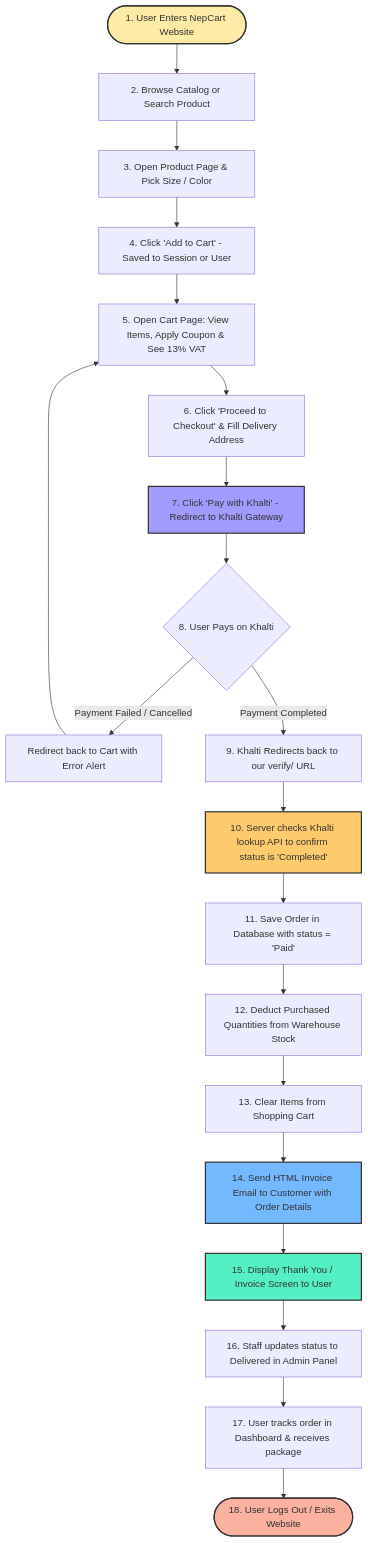
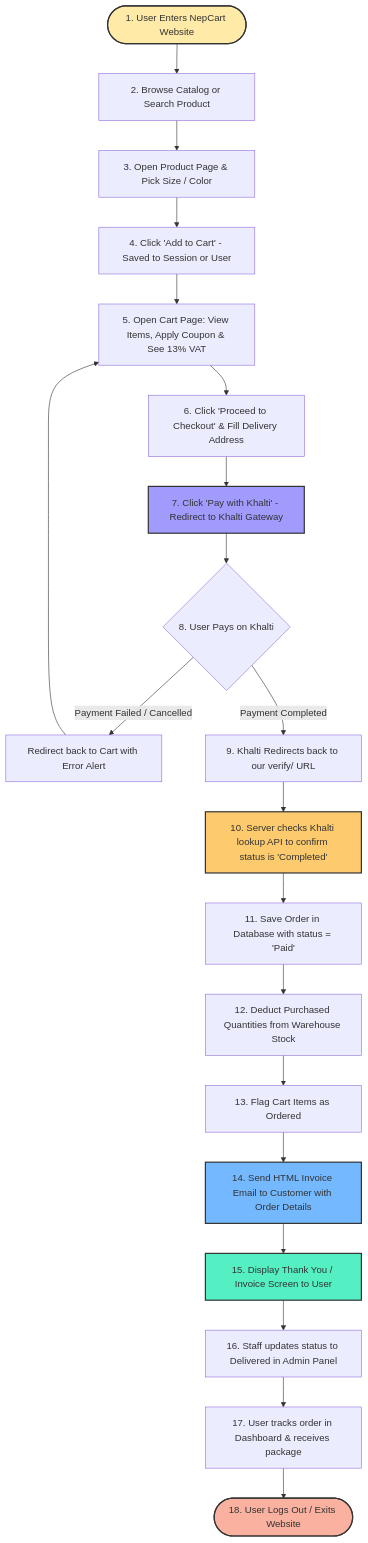
The third of 4 diagrams in PRESENTATION_FLOW_FOR_EXTERNAL.md (nirajan-khatiwada/NEPCART--Ecommerce), drawn with Mermaid before and after one commit. The commit also changed other lines of this file and 33 other files, not shown here.

````diff
--- a/PRESENTATION_FLOW_FOR_EXTERNAL.md
+++ b/PRESENTATION_FLOW_FOR_EXTERNAL.md
@@ -173,31 +173,31 @@
 ```mermaid
 flowchart TD
     Step1([1. User Enters NepCart Website]) --> Step2[2. Browse Catalog or Search Product]
     Step2 --> Step3[3. Open Product Page & Pick Size / Color]
     Step3 --> Step4[4. Click 'Add to Cart' - Saved to Session or User]
     Step4 --> Step5[5. Open Cart Page: View Items, Apply Coupon & See 13% VAT]
     Step5 --> Step6[6. Click 'Proceed to Checkout' & Fill Delivery Address]
     Step6 --> Step7[7. Click 'Pay with Khalti' - Redirect to Khalti Gateway]
     Step7 --> Step8{8. User Pays on Khalti}
     
     Step8 -- Payment Failed / Cancelled --> Step8Fail[Redirect back to Cart with Error Alert]
     Step8Fail --> Step5
 
     Step8 -- Payment Completed --> Step9[9. Khalti Redirects back to our verify/ URL]
     Step9 --> Step10[10. Server checks Khalti lookup API to confirm status is 'Completed']
     Step10 --> Step11[11. Save Order in Database with status = 'Paid']
     Step11 --> Step12[12. Deduct Purchased Quantities from Warehouse Stock]
-    Step12 --> Step13[13. Clear Items from Shopping Cart]
+    Step12 --> Step13[13. Flag Cart Items as Ordered]
     Step13 --> Step14[14. Send HTML Invoice Email to Customer with Order Details]
     Step14 --> Step15[15. Display Thank You / Invoice Screen to User]
     Step15 --> Step16[16. Staff updates status to Delivered in Admin Panel]
     Step16 --> Step17[17. User tracks order in Dashboard & receives package]
     Step17 --> Step18([18. User Logs Out / Exits Website])
 
     style Step1 fill:#ffeaa7,stroke:#333,stroke-width:2px
     style Step7 fill:#a29bfe,stroke:#333,stroke-width:2px
     style Step10 fill:#fdcb6e,stroke:#333,stroke-width:2px
     style Step14 fill:#74b9ff,stroke:#333,stroke-width:2px
     style Step15 fill:#55efc4,stroke:#333,stroke-width:2px
     style Step18 fill:#fab1a0,stroke:#333,stroke-width:2px
 ```
````
